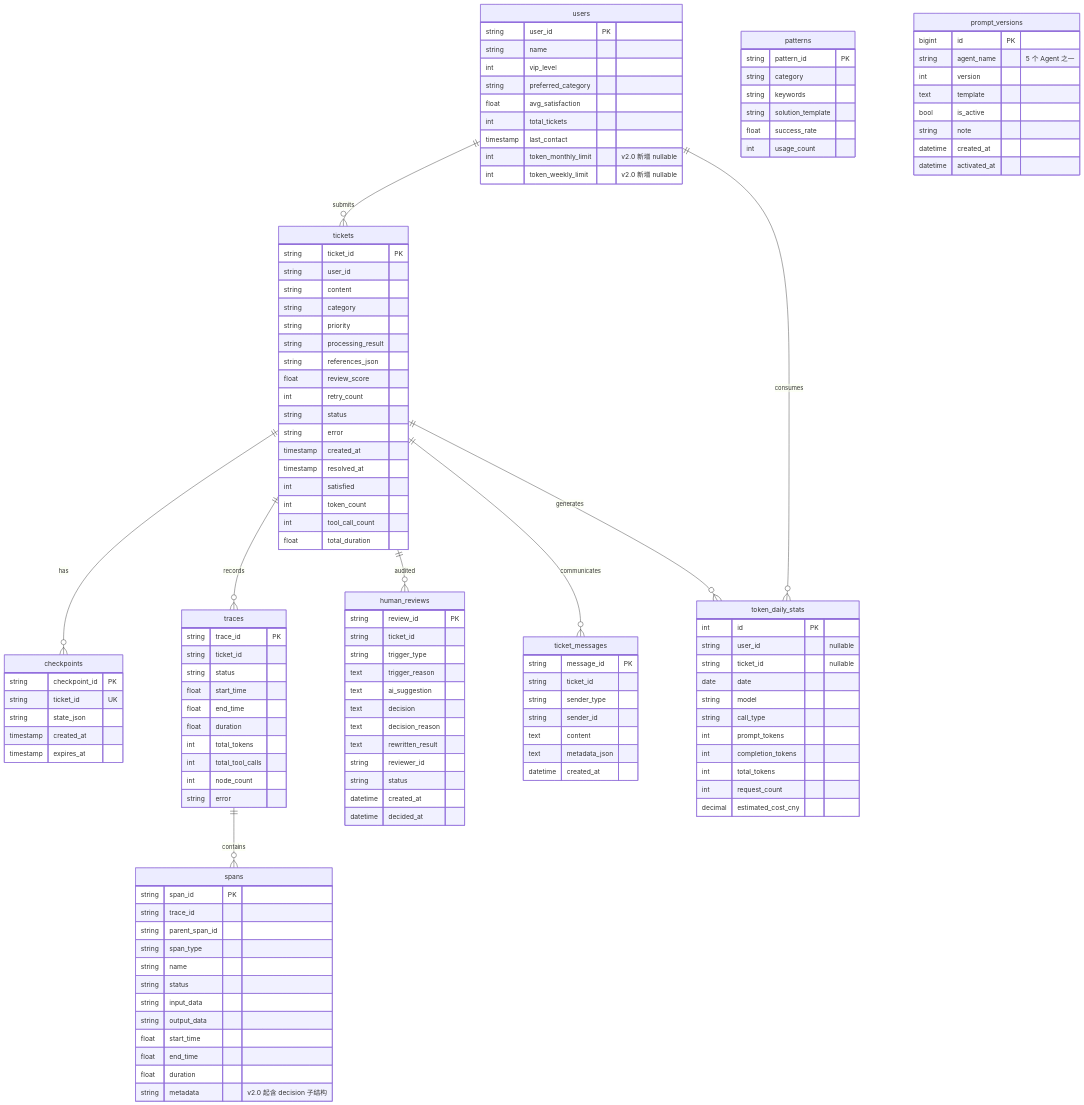
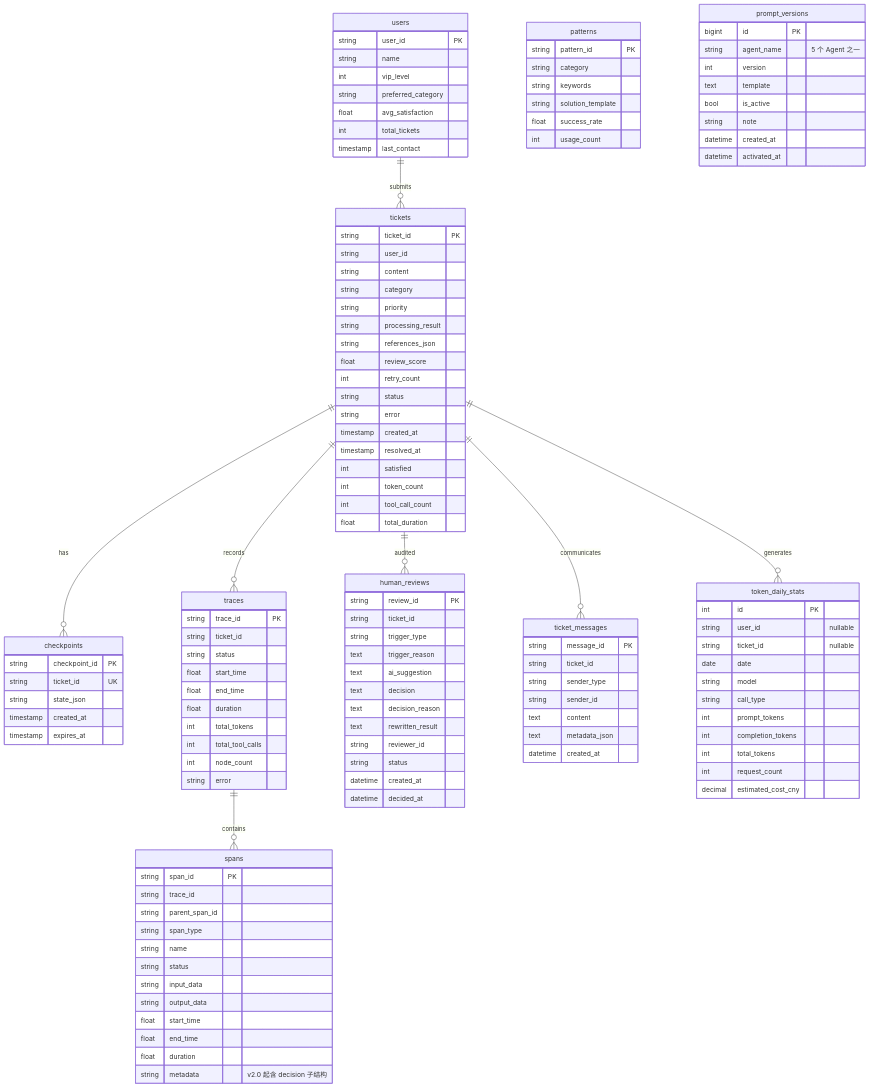
Before and after one commit to ArtLjn/ai-agent-learning: the diagram in docs/design-spec/01_正式设计/05_数据存储设计.md, drawn with Mermaid. The commit also changed other lines of this file and 30 other files, not shown here.

Commit message:
docs: 梳理工单业务架构与系统框架图

```diff
--- a/docs/design-spec/01_正式设计/05_数据存储设计.md
+++ b/docs/design-spec/01_正式设计/05_数据存储设计.md
@@ -31,7 +31,6 @@
     tickets ||--o{ human_reviews : audited
     tickets ||--o{ ticket_messages : communicates
     traces ||--o{ spans : contains
-    users ||--o{ token_daily_stats : consumes
     tickets ||--o{ token_daily_stats : generates
 
     users {
@@ -42,8 +41,6 @@
         float avg_satisfaction
         int total_tickets
         timestamp last_contact
-        int token_monthly_limit "v2.0 新增 nullable"
-        int token_weekly_limit  "v2.0 新增 nullable"
     }
 
     tickets {
```
